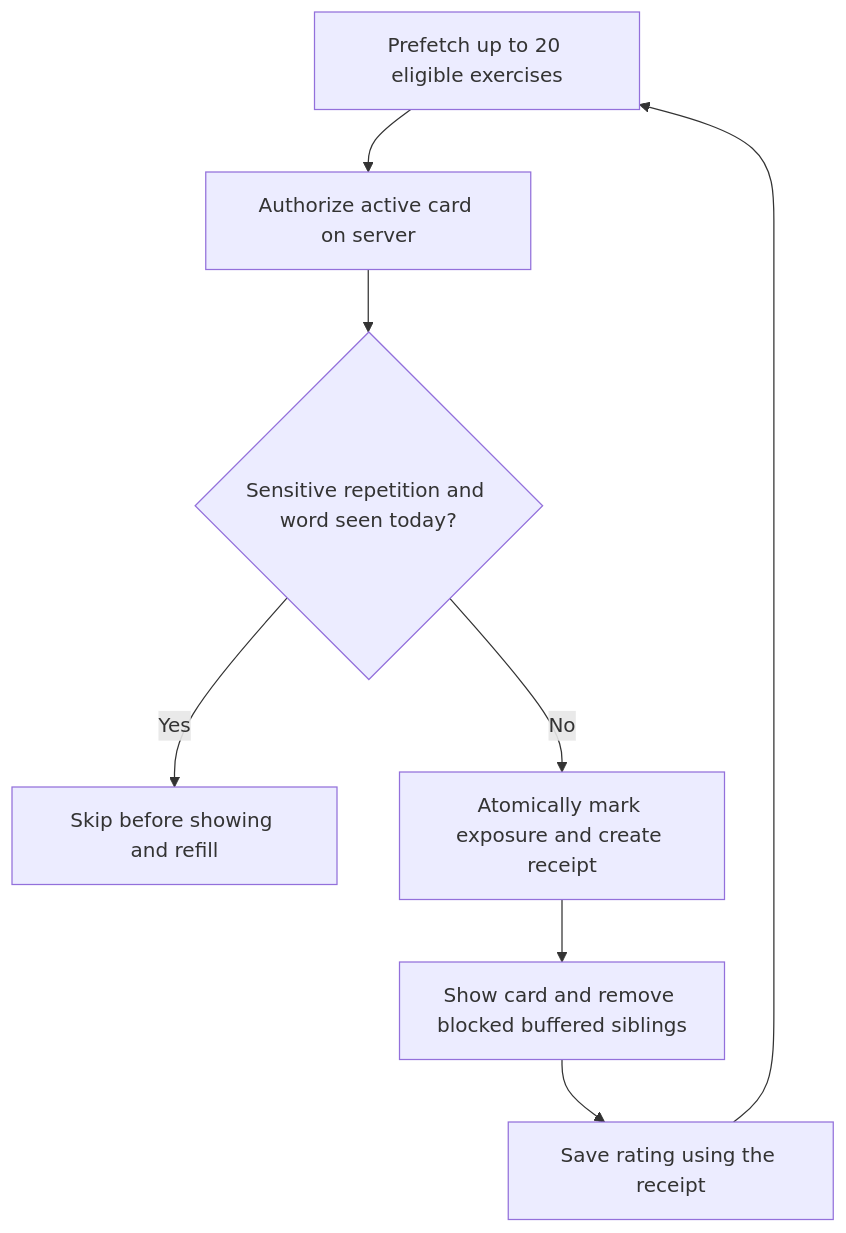
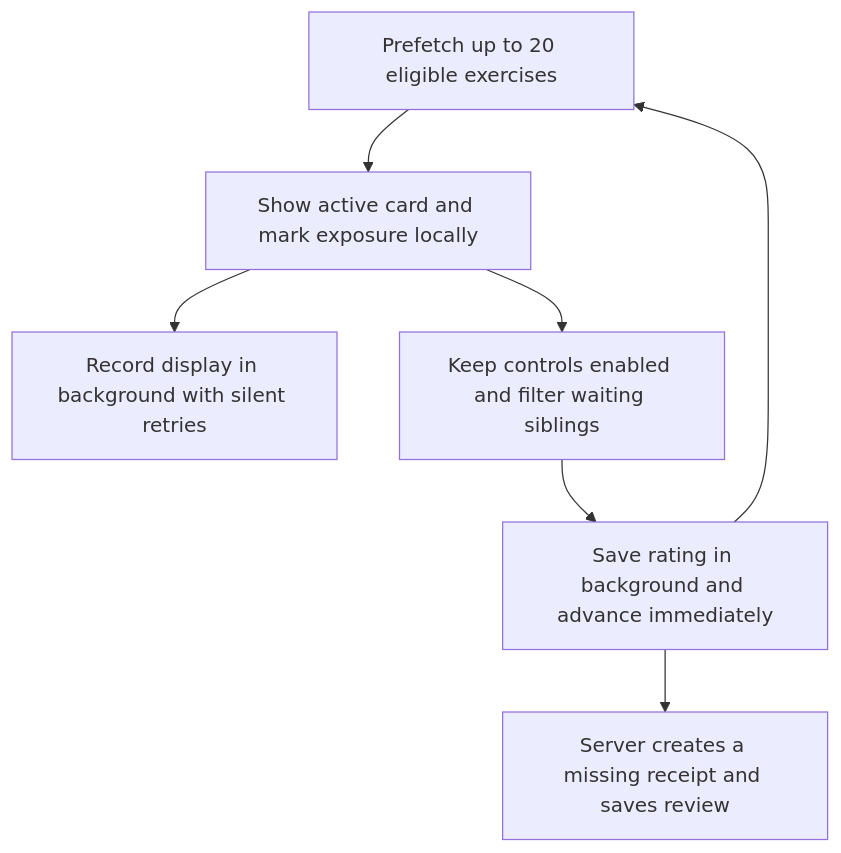
Before and after one commit to denolia/gooseberry: the diagram in docs/native-review-architecture.md, drawn with Mermaid. The commit also changed other lines of this file and 10 other files, not shown here.

Commit message:
Keep study transitions responsive with background exposure tracking

````diff
--- a/docs/native-review-architecture.md
+++ b/docs/native-review-architecture.md
@@ -39,10 +39,9 @@
 ```mermaid
 flowchart TD
-    A[Prefetch up to 20 eligible exercises] --> B[Authorize active card on server]
-    B --> C{Sensitive repetition and word seen today?}
-    C -->|Yes| D[Skip before showing and refill]
-    C -->|No| E[Atomically mark exposure and create receipt]
-    E --> F[Show card and remove blocked buffered siblings]
-    F --> G[Save rating using the receipt]
+    A[Prefetch up to 20 eligible exercises] --> B[Show active card and mark exposure locally]
+    B --> H[Record display in background with silent retries]
+    B --> F[Keep controls enabled and filter waiting siblings]
+    F --> G[Save rating in background and advance immediately]
+    G --> E[Server creates a missing receipt and saves review]
     G --> A
 ```
````
